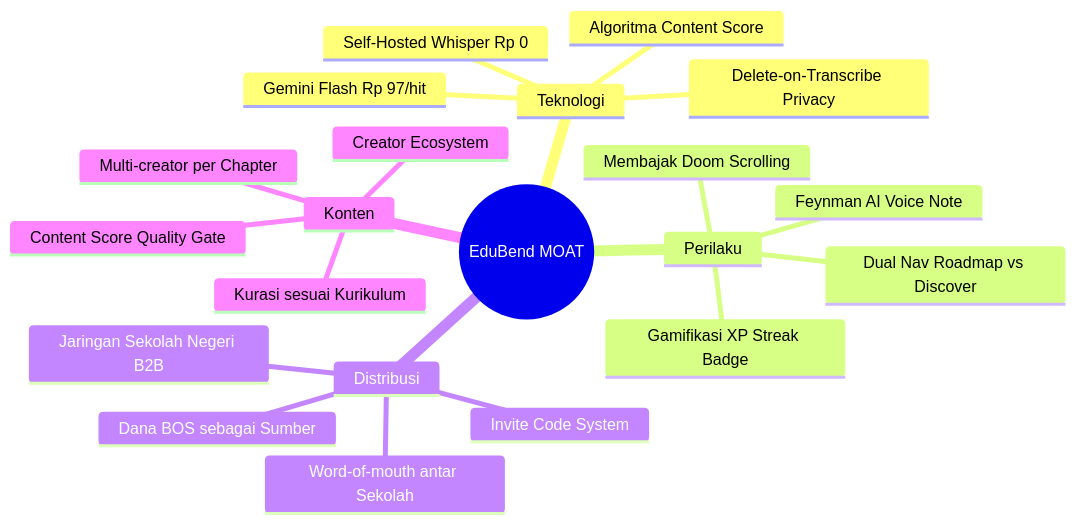
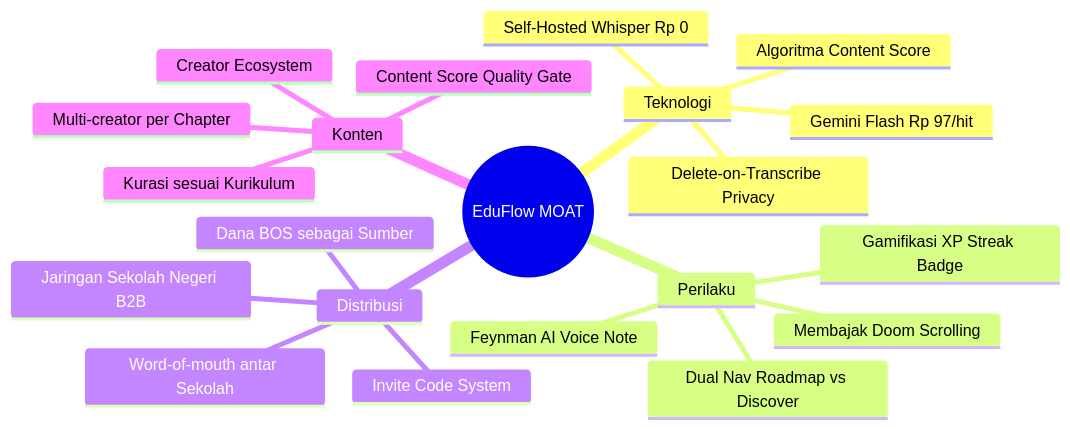
One commit to Areyoufunn/project1 changed the second of 3 diagrams in BMC.md. Above: the diagram before and after it, drawn with Mermaid. The commit also changed other lines of this file and 8 other files, not shown here.

Commit message:
Rename EduBend to EduFlow in all project markdown files

````diff
--- a/BMC.md
+++ b/BMC.md
@@ -402,24 +402,24 @@
 ```mermaid
 mindmap
-  root((EduBend MOAT))
+  root((EduFlow MOAT))
     Teknologi
       Self-Hosted Whisper Rp 0
       Gemini Flash Rp 97/hit
       Algoritma Content Score
       Delete-on-Transcribe Privacy
     Perilaku
       Membajak Doom Scrolling
       Feynman AI Voice Note
       Dual Nav Roadmap vs Discover
       Gamifikasi XP Streak Badge
     Distribusi
       Jaringan Sekolah Negeri B2B
       Dana BOS sebagai Sumber
       Invite Code System
       Word-of-mouth antar Sekolah
     Konten
       Creator Ecosystem
       Kurasi sesuai Kurikulum
       Content Score Quality Gate
       Multi-creator per Chapter
 ```
````
